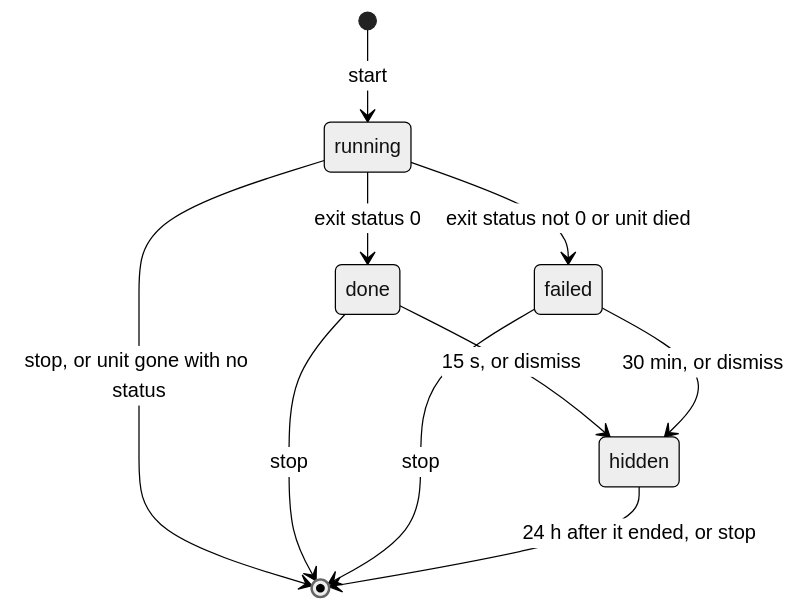
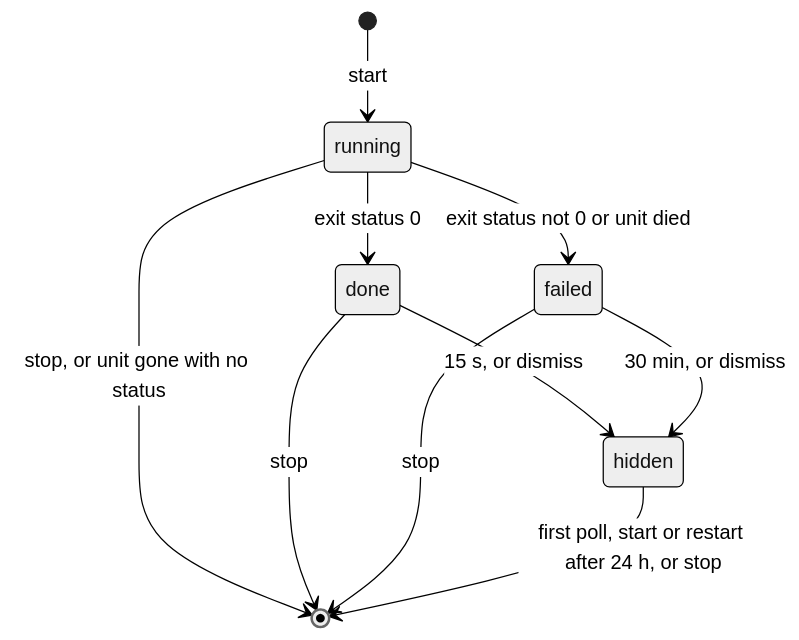
One commit to thedefaultman/Bombadil changed the third of 3 diagrams in docs/architecture/desk.md. Above: the diagram before and after it, drawn with Mermaid (neutral theme). The commit also changed other lines of this file and 26 other files, not shown here.

First line of the commit message:
docs: work in progress on architecture pages, decision log, reference, security model, UX flows, forking guide

````diff
--- a/docs/architecture/desk.md
+++ b/docs/architecture/desk.md
@@ -147,12 +160,12 @@
 ```mermaid
 stateDiagram-v2
     [*] --> running : start
     running --> done : exit status 0
     running --> failed : exit status not 0 or unit died
     running --> [*] : stop, or unit gone with no status
     done --> hidden : 15 s, or dismiss
     failed --> hidden : 30 min, or dismiss
     done --> [*] : stop
     failed --> [*] : stop
-    hidden --> [*] : 24 h after it ended, or stop
+    hidden --> [*] : first poll, start or restart after 24 h, or stop
 ```
````
